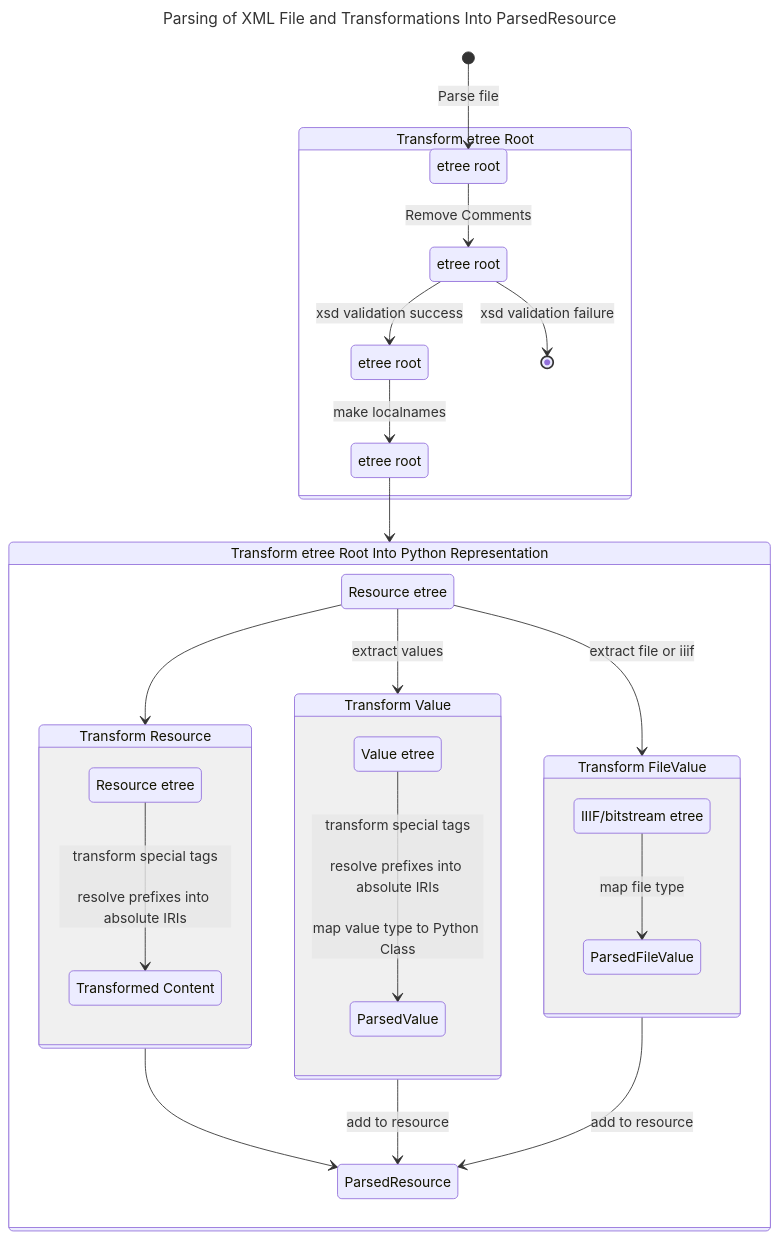
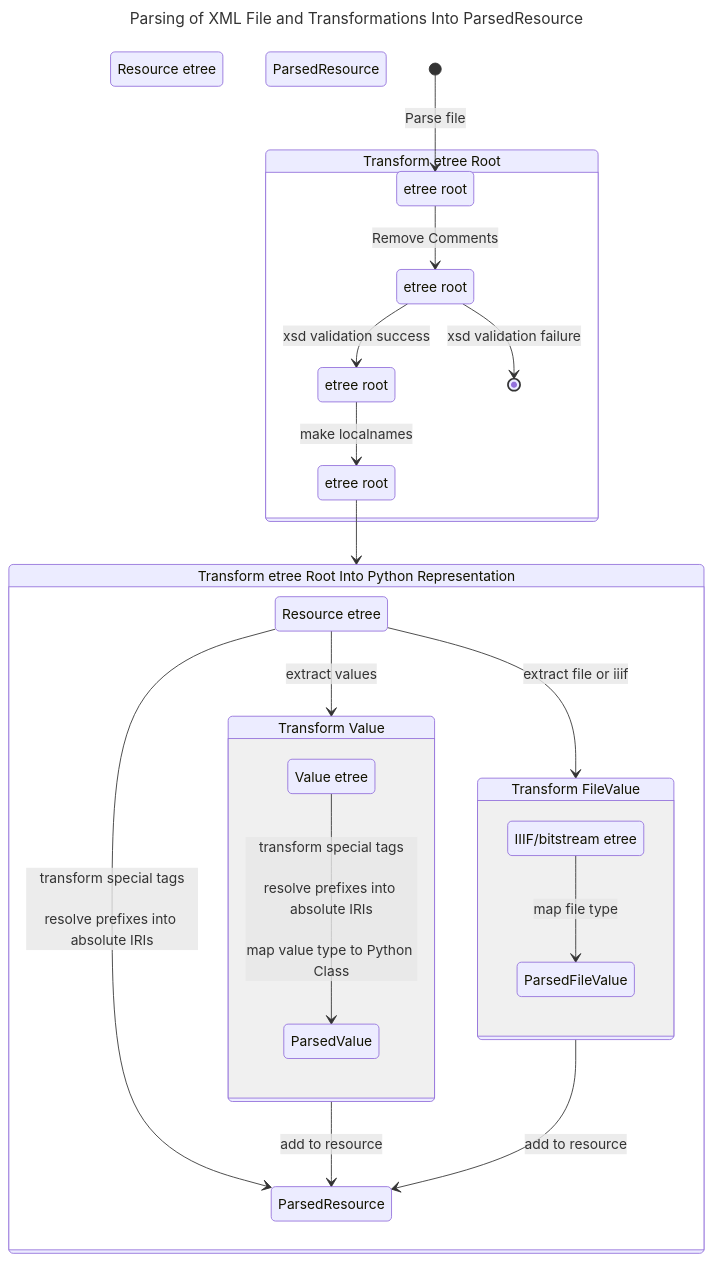
One commit to dasch-swiss/dsp-tools changed the second of 3 diagrams in docs/developers/architecture.md. Above: the diagram before and after it, drawn with Mermaid.

````diff
--- a/docs/developers/architecture.md
+++ b/docs/developers/architecture.md
@@ -50,53 +50,47 @@
 ```mermaid
 ---
 title: Parsing of XML File and Transformations Into ParsedResource
 ---
 stateDiagram-v2
 state "Transform etree Root" as eroot
 state "Transform etree Root Into Python Representation" as transpy
 state "Resource etree" as resetree1
 state "Resource etree" as resetree2
 state "ParsedResource" as respars
 state "Value etree" as valtree
 state "IIIF/bitstream etree" as filetree
 state "ParsedValue" as valpars
 state "ParsedFileValue" as filepars
-state "Transform Resource" as transres
 state "Transform Value" as transval
 state "Transform FileValue" as transfile
-state "Transformed Content" as rescontent
+state "ParsedResource" as rescontent
 
 [*]-->r1: Parse file
 
 r4-->transpy
     state eroot {
         state "etree root" as r1
         state "etree root" as r2
         state "etree root" as r3
         state "etree root" as r4
         r1-->r2: Remove Comments
         r2-->[*]: xsd validation failure
         r2-->r3: xsd validation success
         r3-->r4: make localnames
     }
     state transpy {
-        resetree1-->transres
         resetree1-->transval: extract values
         resetree1-->transfile: extract file or iiif
-        
-        state transres {
-            resetree2-->rescontent: transform special tags<br/><br/>resolve prefixes into absolute IRIs
-        }
-        transres-->respars
+        resetree1-->respars: transform special tags<br/><br/>resolve prefixes into absolute IRIs
 
         state transval {
             valtree-->valpars: transform special tags<br/><br/>resolve prefixes into absolute IRIs<br/><br/>map value type to Python Class
         }
         transval-->respars: add to resource
 
         state transfile {
             filetree-->filepars: map file type
         }
         transfile-->respars: add to resource
     }
 ```
````
